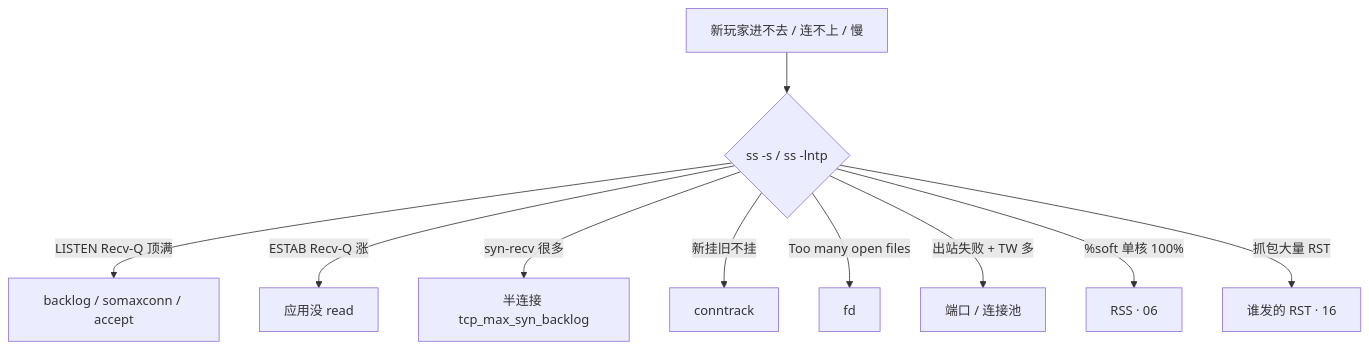
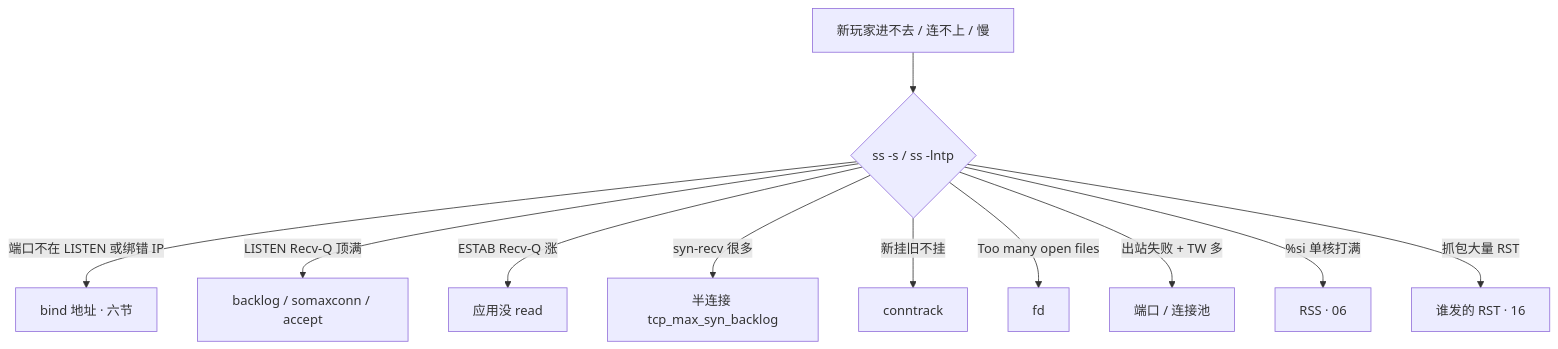
Diagram 17 of 17 in 01-基础底座/12-网络栈与Socket/知识点.md (ml-cuizijun/LearnToLilith), drawn with Mermaid before and after one commit. The commit also changed other lines of this file and 470 other files, not shown here.

````diff
--- a/01-基础底座/12-网络栈与Socket/知识点.md
+++ b/01-基础底座/12-网络栈与Socket/知识点.md
@@ -1564,12 +728,13 @@
 ```mermaid
 flowchart TB
     A["新玩家进不去 / 连不上 / 慢"] --> B{"ss -s / ss -lntp"}
+    B -->|端口不在 LISTEN 或绑错 IP| K["bind 地址 · 六节"]
     B -->|LISTEN Recv-Q 顶满| C["backlog / somaxconn / accept"]
     B -->|ESTAB Recv-Q 涨| D["应用没 read"]
     B -->|syn-recv 很多| E["半连接 tcp_max_syn_backlog"]
     B -->|新挂旧不挂| F["conntrack"]
     B -->|Too many open files| G["fd"]
     B -->|出站失败 + TW 多| H["端口 / 连接池"]
-    B -->|%soft 单核 100%| I["RSS · 06"]
+    B -->|%si 单核打满| I["RSS · 06"]
     B -->|抓包大量 RST| J["谁发的 RST · 16"]
 ```
````
